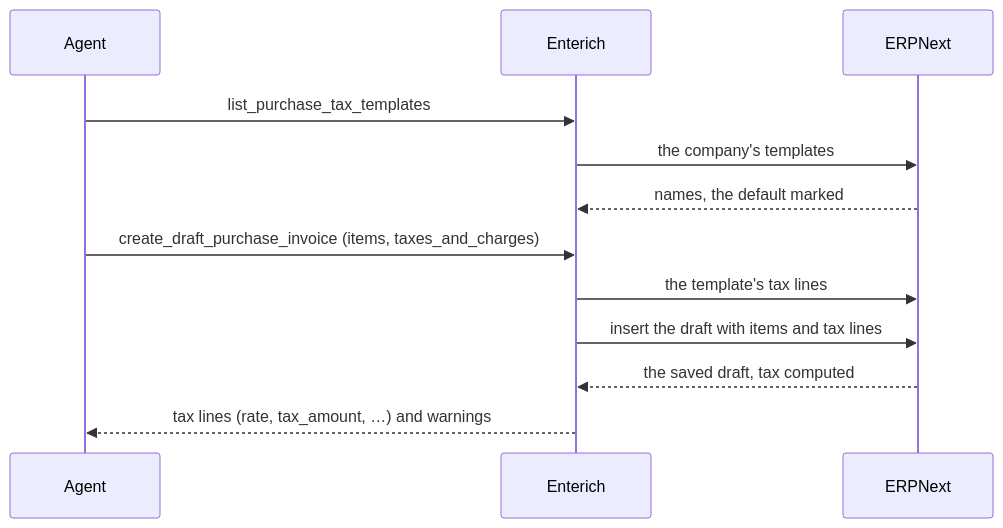
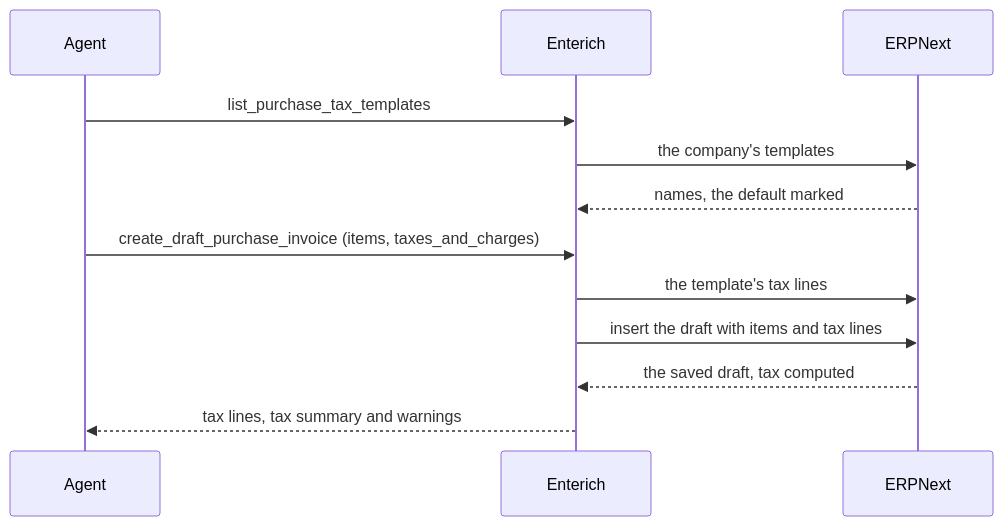
Before and after one commit to Interlusion/enterich: the fourth of 4 diagrams in docs/guides/erpnext-taxes-101.md, drawn with Mermaid. The commit also changed other lines of this file and 2 other files, not shown here.

First line of the commit message:
docs: the tax summary in the taxes guide and CHANGELOG, out of the backlog

````diff
--- a/docs/guides/erpnext-taxes-101.md
+++ b/docs/guides/erpnext-taxes-101.md
@@ -224,14 +224,14 @@
 ```mermaid
 sequenceDiagram
   participant A as Agent
   participant E as Enterich
   participant N as ERPNext
   A->>E: list_purchase_tax_templates
   E->>N: the company's templates
   N-->>E: names, the default marked
   A->>E: create_draft_purchase_invoice (items, taxes_and_charges)
   E->>N: the template's tax lines
   E->>N: insert the draft with items and tax lines
   N-->>E: the saved draft, tax computed
-  E-->>A: tax lines (rate, tax_amount, …) and warnings
+  E-->>A: tax lines, tax summary and warnings
 ```
````
